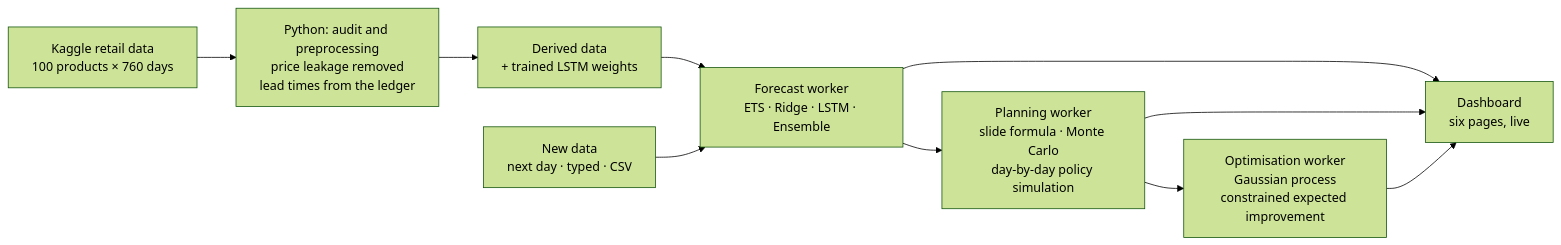
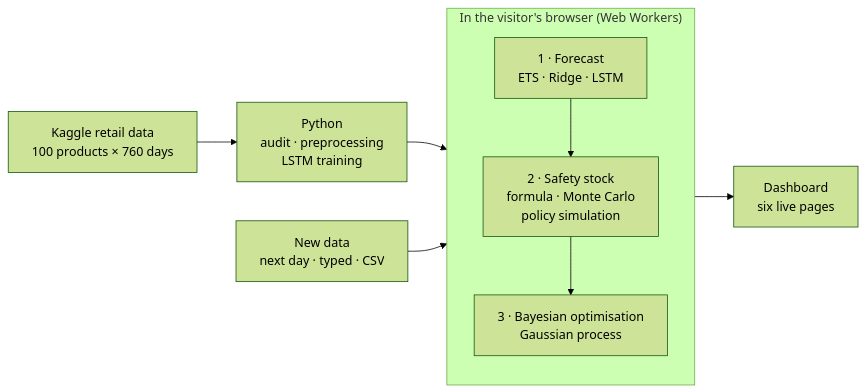
Before and after one commit to gagu00000/ai-reorder-point-dashboard: the diagram in README.md, drawn with Mermaid (forest theme).

Commit message:
README: more compact pipeline diagram

````diff
--- a/README.md
+++ b/README.md
@@ -66,10 +66,12 @@
 ```mermaid
 flowchart LR
-    A["Kaggle retail data<br/>100 products × 760 days"] --> B["Python: audit and preprocessing<br/>price leakage removed<br/>lead times from the ledger"]
-    B --> C["Derived data<br/>+ trained LSTM weights"]
-    C --> D["Forecast worker<br/>ETS · Ridge · LSTM · Ensemble"]
-    N["New data<br/>next day · typed · CSV"] --> D
-    D --> E["Planning worker<br/>slide formula · Monte Carlo<br/>day-by-day policy simulation"]
-    E --> F["Optimisation worker<br/>Gaussian process<br/>constrained expected improvement"]
-    D & E & F --> G["Dashboard<br/>six pages, live"]
+    A["Kaggle retail data<br/>100 products × 760 days"] --> B["Python<br/>audit · preprocessing<br/>LSTM training"]
+    B --> W
+    N["New data<br/>next day · typed · CSV"] --> W
+    subgraph W["In the visitor's browser (Web Workers)"]
+        direction TB
+        D["1 · Forecast<br/>ETS · Ridge · LSTM"] --> E["2 · Safety stock<br/>formula · Monte Carlo<br/>policy simulation"]
+        E --> F["3 · Bayesian optimisation<br/>Gaussian process"]
+    end
+    W --> G["Dashboard<br/>six live pages"]
 ```
````
